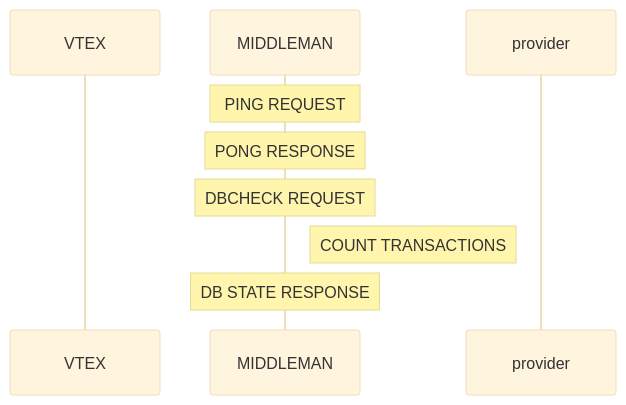
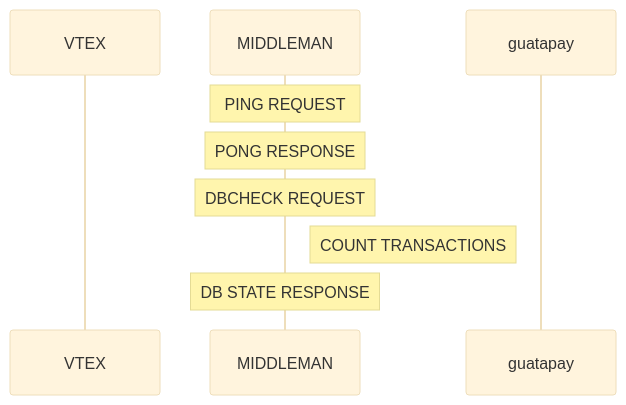
The sixth of 6 diagrams in README.md (gorilla-company/guatapay-vtex-plugin), drawn with Mermaid (base theme) before and after one commit. The commit also changed other lines of this file and 9 other files, not shown here.

````diff
--- a/README.md
+++ b/README.md
@@ -423,14 +423,14 @@
 ```mermaid
 sequenceDiagram
     participant VTEX
     participant MIDDLEMAN
-    participant provider
+    participant guatapay
     Note over MIDDLEMAN: PING REQUEST
     Note over MIDDLEMAN: PONG RESPONSE
     
     Note over MIDDLEMAN: DBCHECK REQUEST
     Note right of MIDDLEMAN: COUNT TRANSACTIONS
     Note over MIDDLEMAN: DB STATE RESPONSE
    
 
 ```
````
